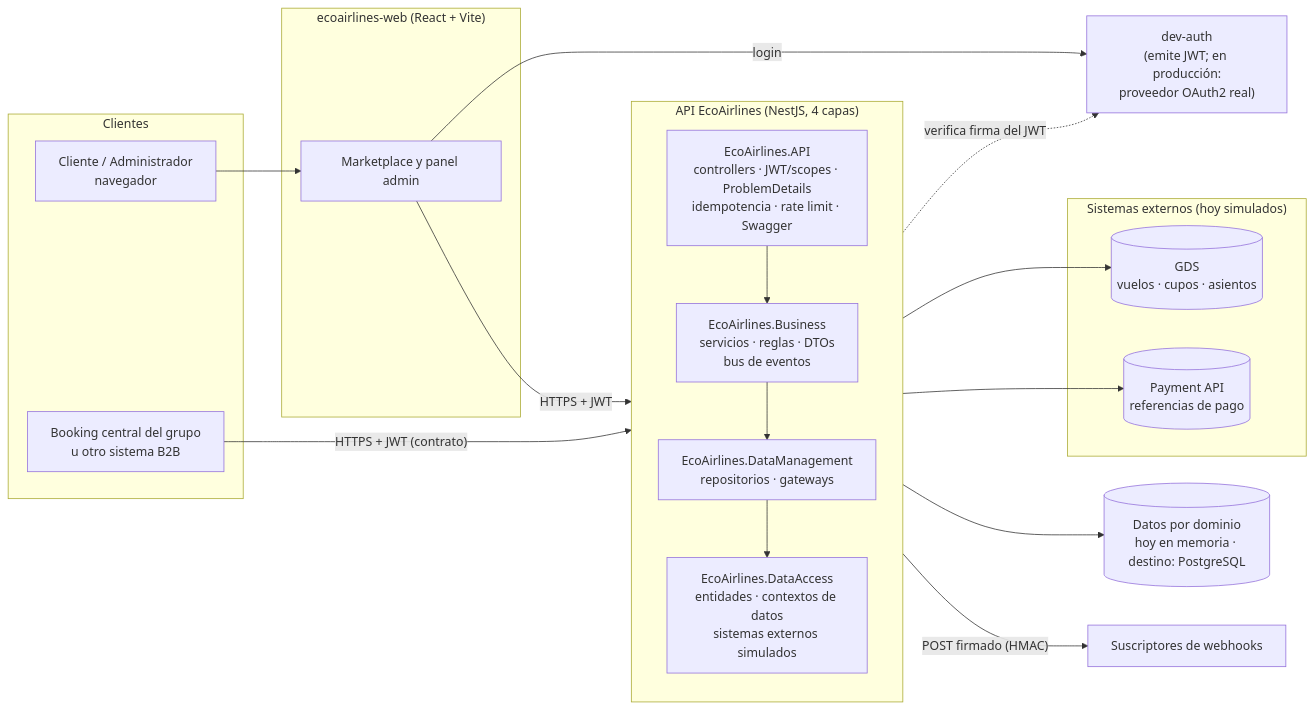
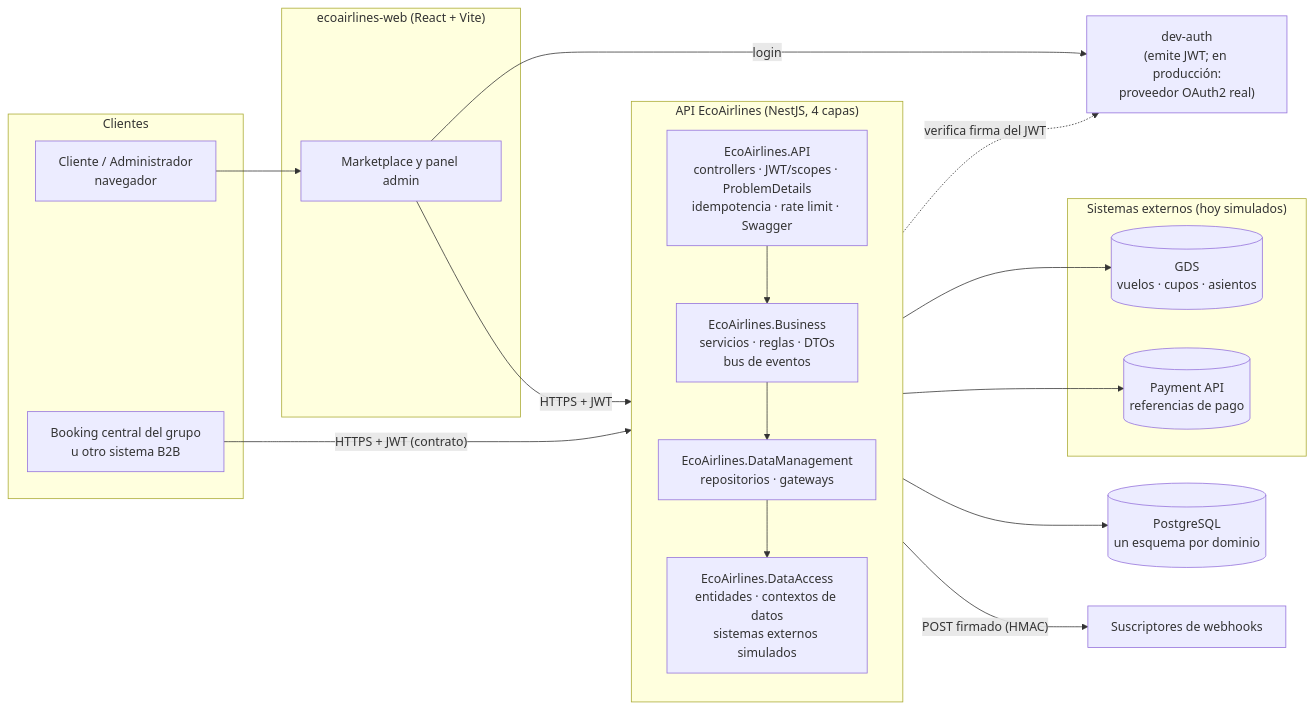
One commit to gab5453/AppVuelos changed the first of 6 diagrams in ARQUITECTURA.md. Above: the diagram before and after it, drawn with Mermaid. The commit also changed other lines of this file and 36 other files, not shown here.

First line of the commit message:
feat: PostgreSQL y despliegue en Azure (V1.M)

````diff
--- a/ARQUITECTURA.md
+++ b/ARQUITECTURA.md
@@ -18,40 +18,40 @@
 ```mermaid
 flowchart LR
   subgraph Clientes
     U[Cliente / Administrador<br/>navegador]
     BH[Booking central del grupo<br/>u otro sistema B2B]
   end
 
   subgraph Web["ecoairlines-web (React + Vite)"]
     UI[Marketplace y panel admin]
   end
 
   AUTH["dev-auth<br/>(emite JWT; en producción:<br/>proveedor OAuth2 real)"]
 
   subgraph API["API EcoAirlines (NestJS, 4 capas)"]
     direction TB
     L1["EcoAirlines.API<br/>controllers · JWT/scopes · ProblemDetails<br/>idempotencia · rate limit · Swagger"]
     L2["EcoAirlines.Business<br/>servicios · reglas · DTOs<br/>bus de eventos"]
     L3["EcoAirlines.DataManagement<br/>repositorios · gateways"]
     L4["EcoAirlines.DataAccess<br/>entidades · contextos de datos<br/>sistemas externos simulados"]
     L1 --> L2 --> L3 --> L4
   end
 
   subgraph Externos["Sistemas externos (hoy simulados)"]
     GDS[(GDS<br/>vuelos · cupos · asientos)]
     PAY[(Payment API<br/>referencias de pago)]
   end
 
-  DB[("Datos por dominio<br/>hoy en memoria · destino: PostgreSQL")]
+  DB[("PostgreSQL<br/>un esquema por dominio")]
   SUB[Suscriptores de webhooks]
 
   U --> UI
   UI -- "login" --> AUTH
   UI -- "HTTPS + JWT" --> L1
   BH -- "HTTPS + JWT (contrato)" --> L1
   L1 -. "verifica firma del JWT" .-> AUTH
   L4 --> GDS
   L4 --> PAY
   L4 --> DB
   L3 -- "POST firmado (HMAC)" --> SUB
 ```
````
